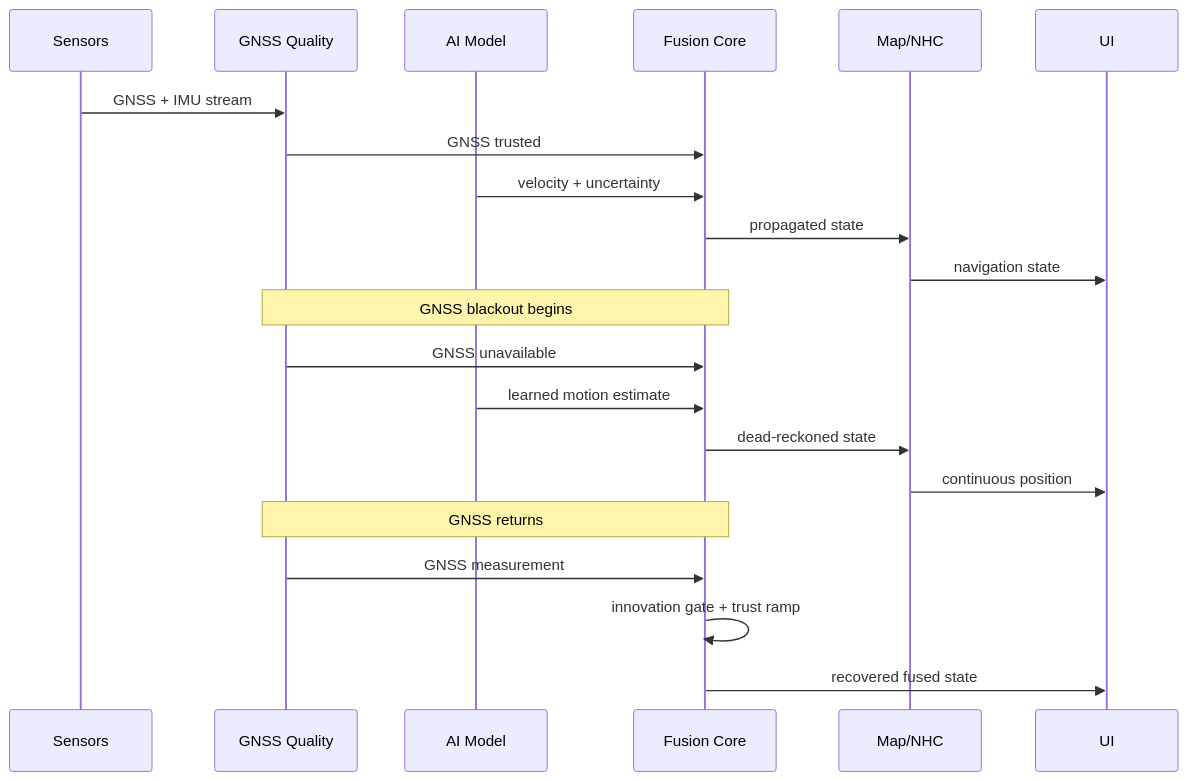
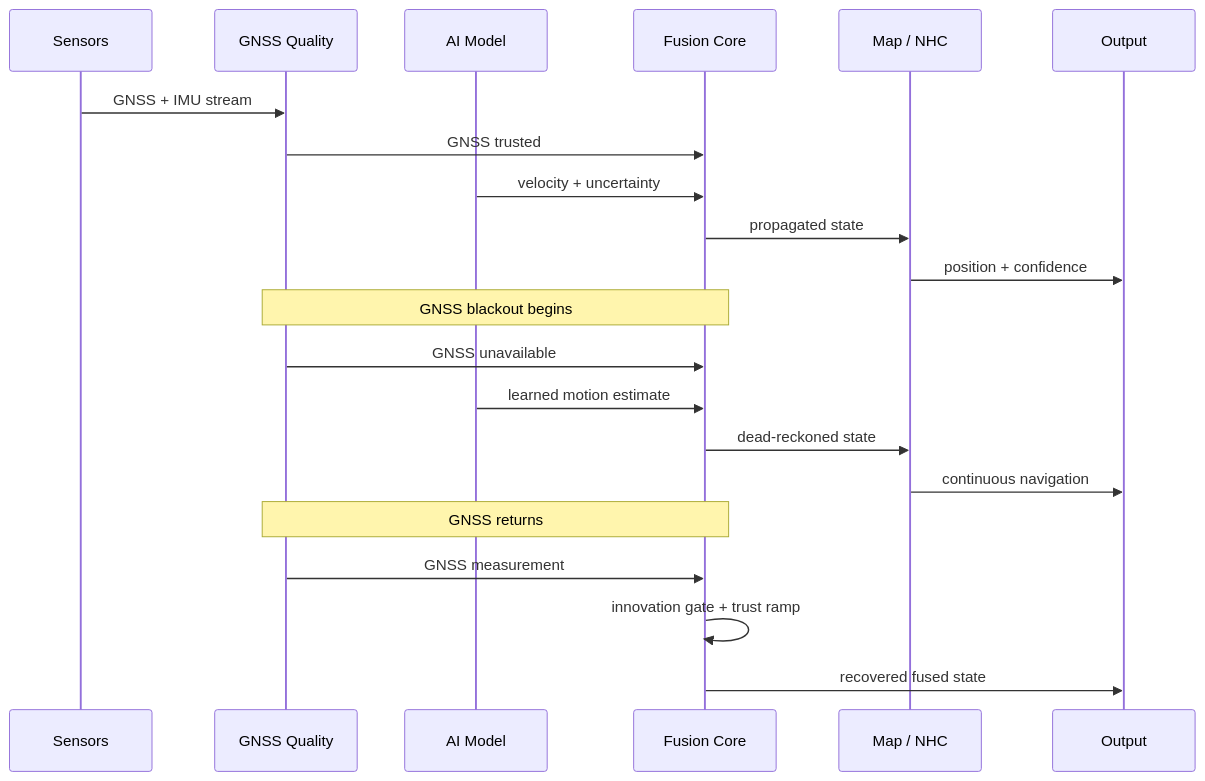
The fourth of 4 diagrams in README.md (abidshareef/SIH26168), drawn with Mermaid before and after one commit. The commit also changed other lines of this file, not shown here.

````diff
--- a/README.md
+++ b/README.md
@@ -318,26 +312,26 @@
 ```mermaid
 sequenceDiagram
     participant S as Sensors
     participant Q as GNSS Quality
     participant A as AI Model
     participant F as Fusion Core
-    participant M as Map/NHC
-    participant U as UI
+    participant M as Map / NHC
+    participant U as Output
 
     S->>Q: GNSS + IMU stream
     Q->>F: GNSS trusted
     A->>F: velocity + uncertainty
     F->>M: propagated state
-    M->>U: navigation state
+    M->>U: position + confidence
 
     Note over Q,F: GNSS blackout begins
     Q->>F: GNSS unavailable
     A->>F: learned motion estimate
     F->>M: dead-reckoned state
-    M->>U: continuous position
+    M->>U: continuous navigation
 
     Note over Q,F: GNSS returns
     Q->>F: GNSS measurement
     F->>F: innovation gate + trust ramp
     F->>U: recovered fused state
 ```
````
